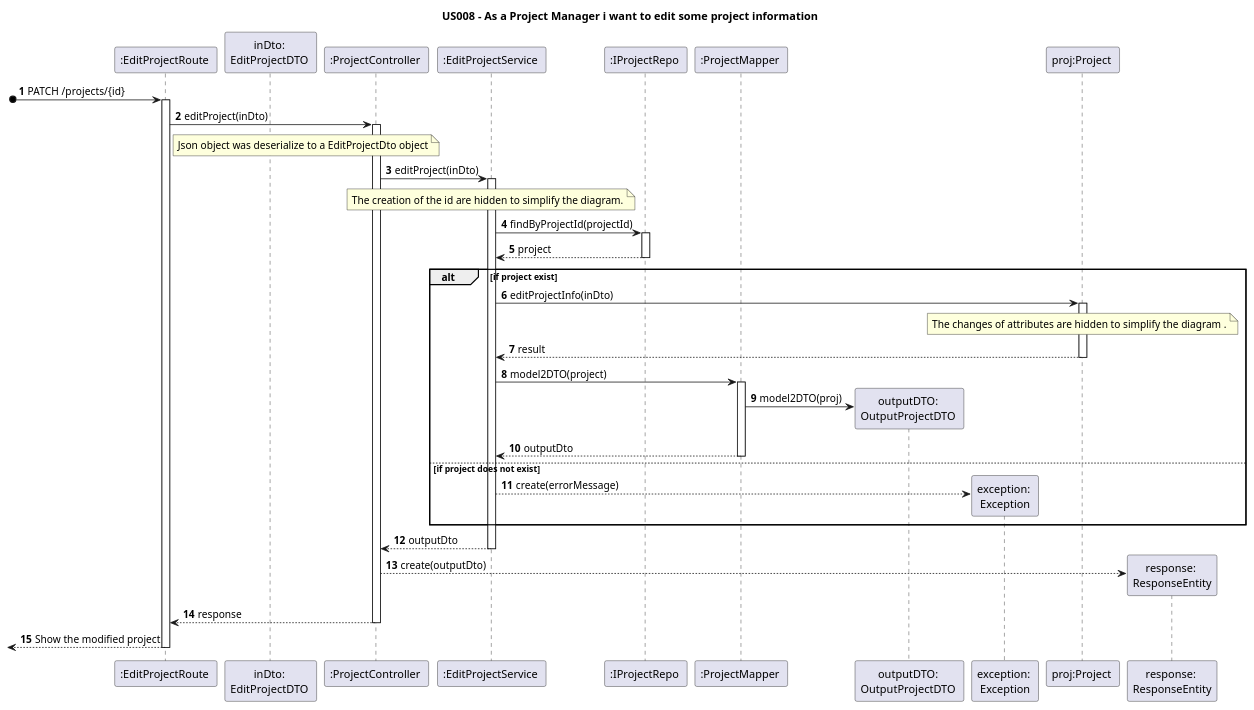
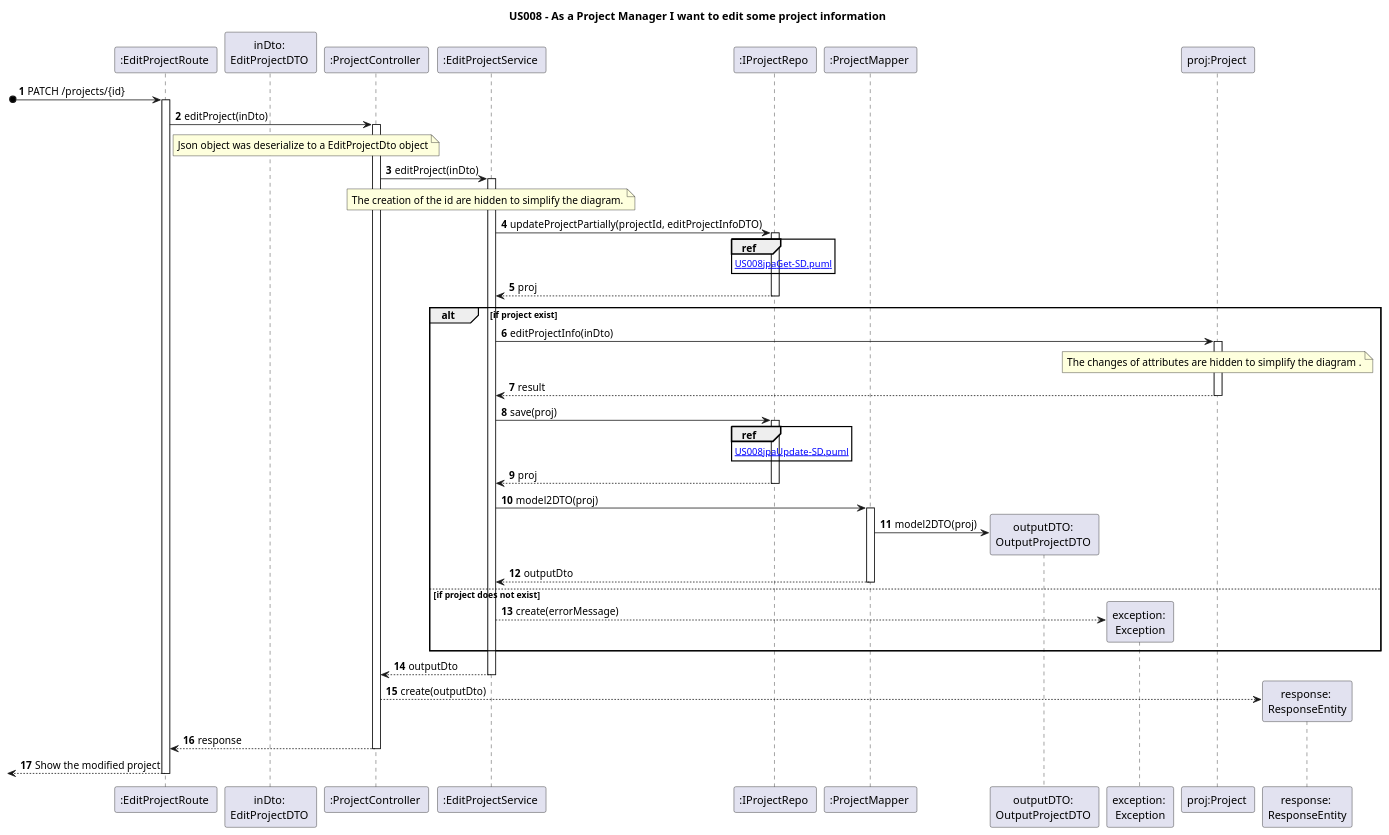
The diagram in docs/Sprint1/US008/US008-SD.puml (nunogon1211787/projectManagement), drawn with PlantUML before and after one commit. The commit also changed 5 other files, not shown here.

Commit message:
Implementation: Sequence and Class diagram update (resolves #230)

```diff
--- a/docs/Sprint1/US008/US008-SD.puml
+++ b/docs/Sprint1/US008/US008-SD.puml
@@ -1,63 +1,71 @@
 @startuml
 'https://plantuml.com/class-diagram
 
-title US008 - As a Project Manager i want to edit some project information
+title US008 - As a Project Manager I want to edit some project information
 
 autoactivate on
 autonumber
 
 
 participant ":EditProjectRoute " as route
 participant "inDto: \nEditProjectDTO " as inDto
 participant ":ProjectController " as controller
 participant ":EditProjectService " as service
 participant ":IProjectRepo " as store
 participant ":ProjectMapper " as mapper
 participant "outputDTO: \nOutputProjectDTO " as dto
 participant "exception: \nException" as exc
 participant "proj:Project " as project
 participant "response: \nResponseEntity" as json
 
 
 [o->  route: PATCH /projects/{id}
 route -> controller: editProject(inDto)
 
 note right route: Json object was deserialize to a EditProjectDto object
 
 controller -> service: editProject(inDto)
 
 note over service : The creation of the id are hidden to simplify the diagram.
 
-service -> store: findByProjectId(projectId)
+service -> store: updateProjectPartially(projectId, editProjectInfoDTO)
 
-store --> service: project
+ref over store: [[US008jpaGet-SD.puml]]
+
+store --> service: proj
 
 alt if project exist
 
 service -> project: editProjectInfo(inDto)
 
 note over project : The changes of attributes are hidden to simplify the diagram .
 
 project --> service : result
 
-service -> mapper: model2DTO(project)
+service -> store : save(proj)
+
+ref over store: [[US008jpaUpdate-SD.puml]]
+store --> service : proj
+
+service -> mapper: model2DTO(proj)
 
 mapper -> dto**: model2DTO(proj)
 
 mapper --> service: outputDto
 
 else if project does not exist
+
 service --> exc** : create(errorMessage)
 
 end
 
 service --> controller: outputDto
 
 controller --> json**: create(outputDto)
 
 controller --> route: response
 
 
 [<-- route: Show the modified project
 
 @enduml
```
